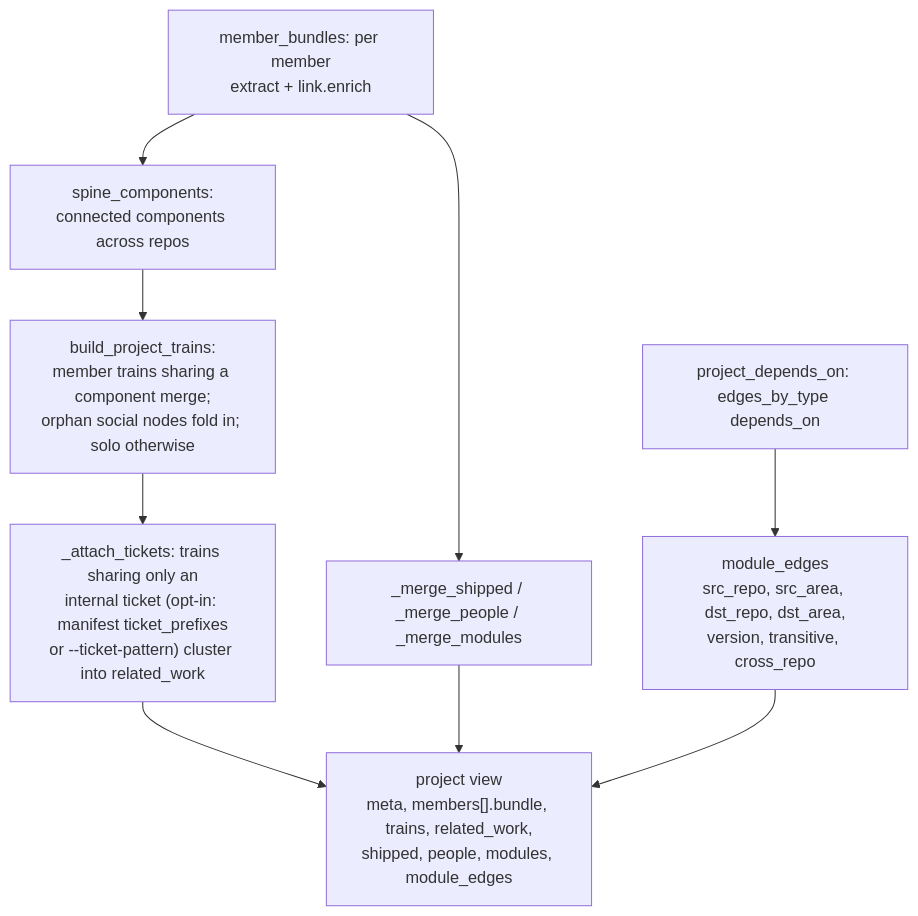
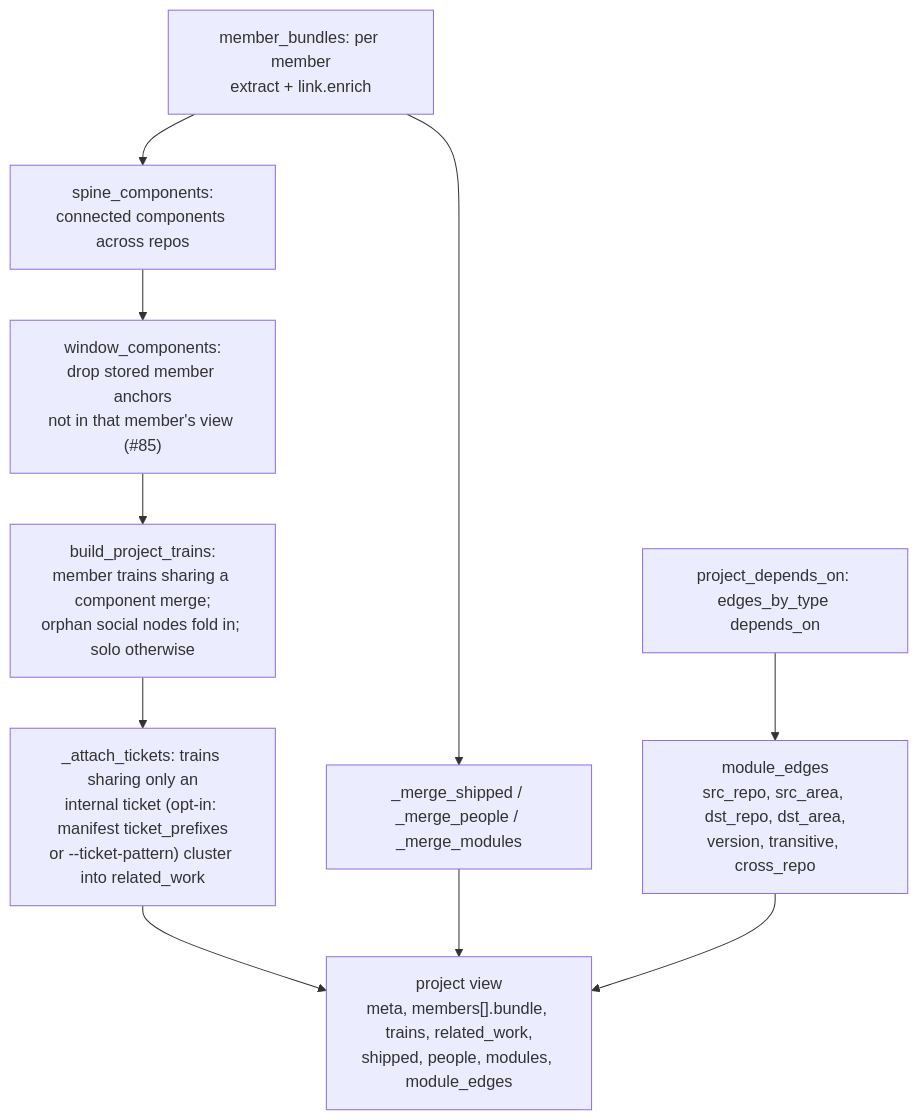
Before and after one commit to DamianFlynn/experiments: diagram 12 of 12 in .claude/skills/activity-overview/docs/LLD.md, drawn with Mermaid. The commit also changed other lines of this file and 10 other files, not shown here.

````diff
--- a/.claude/skills/activity-overview/docs/LLD.md
+++ b/.claude/skills/activity-overview/docs/LLD.md
@@ -1059,11 +1082,12 @@
 ```mermaid
 flowchart TB
   mb["member_bundles: per member<br/>extract + link.enrich"] --> sc["spine_components:<br/>connected components across repos"]
-  sc --> bt["build_project_trains:<br/>member trains sharing a component merge;<br/>orphan social nodes fold in; solo otherwise"]
+  sc --> wc["window_components:<br/>drop stored member anchors<br/>not in that member's view (#85)"]
+  wc --> bt["build_project_trains:<br/>member trains sharing a component merge;<br/>orphan social nodes fold in; solo otherwise"]
   bt --> tk["_attach_tickets: trains sharing only an<br/>internal ticket (opt-in: manifest ticket_prefixes<br/>or --ticket-pattern) cluster into related_work"]
   mb --> mg["_merge_shipped / _merge_people / _merge_modules"]
   pd["project_depends_on: edges_by_type depends_on"] --> me["module_edges<br/>src_repo, src_area, dst_repo, dst_area,<br/>version, transitive, cross_repo"]
   tk --> view
   mg --> view
   me --> view["project view<br/>meta, members[].bundle, trains, related_work,<br/>shipped, people, modules, module_edges"]
 ```
````
